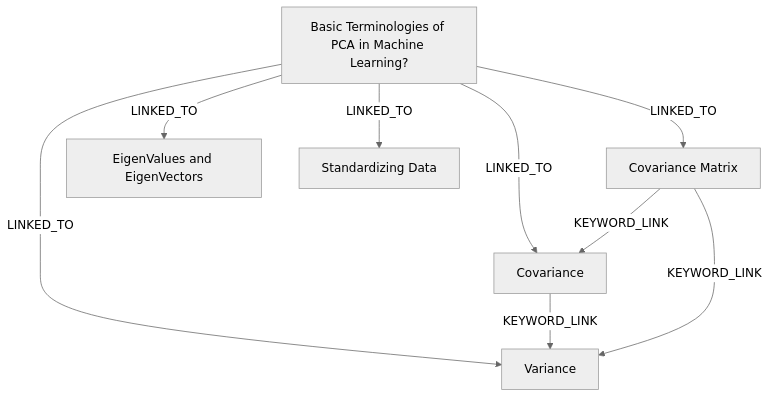
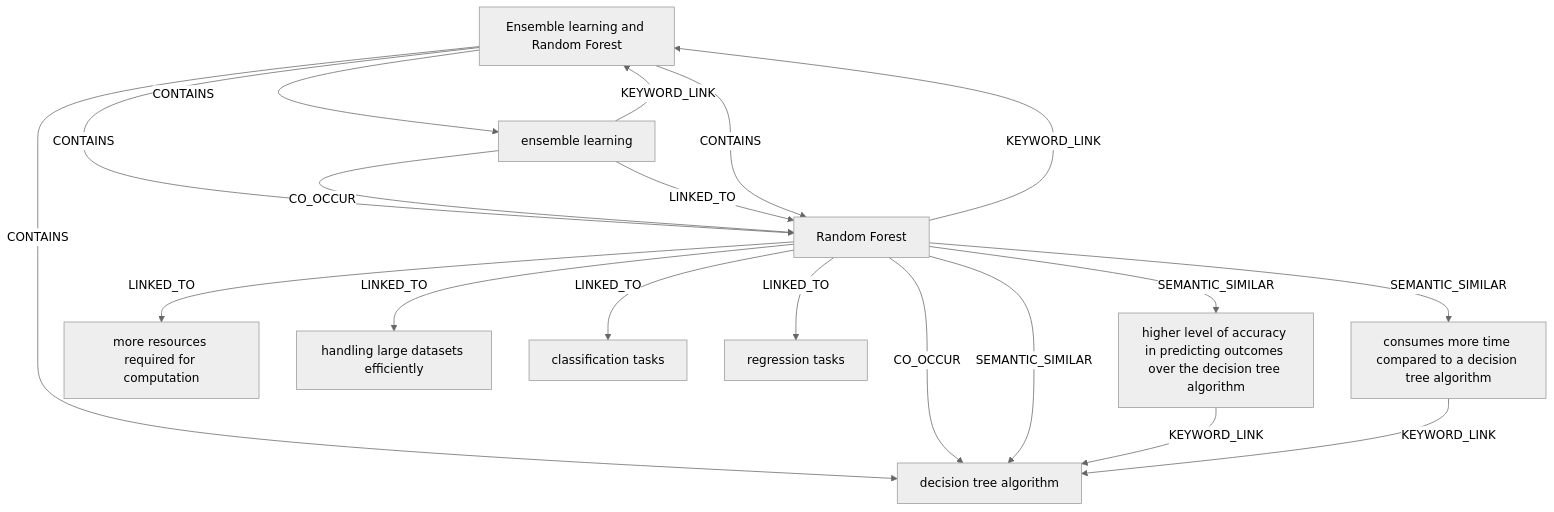
Before and after one commit to ankit-sengupta05/cyborg: the diagram in AI_OS/Ontology/Ontology_Optimization_Techniques.md, drawn with Mermaid (neutral theme). The commit also changed other lines of this file and 28 other files, not shown here.

````diff
--- a/AI_OS/Ontology/Ontology_Optimization_Techniques.md
+++ b/AI_OS/Ontology/Ontology_Optimization_Techniques.md
@@ -26,17 +26,31 @@
 ```mermaid
 graph TD
-    n0["Basic Terminologies of PCA in Machine Learning?"]
-    n1["Covariance"]
-    n2["Covariance Matrix"]
-    n3["Variance"]
-    n4["EigenValues and EigenVectors"]
-    n5["Standardizing Data"]
-    n0 -->|LINKED_TO| n3
-    n1 -->|KEYWORD_LINK| n3
-    n0 -->|LINKED_TO| n1
-    n0 -->|LINKED_TO| n5
-    n2 -->|KEYWORD_LINK| n3
+    n0["Ensemble learning and Random Forest"]
+    n1["decision tree algorithm"]
+    n2["consumes more time compared to a decision tree algorithm"]
+    n3["more resources required for computation"]
+    n4["handling large datasets efficiently"]
+    n5["Random Forest"]
+    n6["classification tasks"]
+    n7["regression tasks"]
+    n8["higher level of accuracy in predicting outcomes over the decision tree algorithm"]
+    n9["ensemble learning"]
+    n9 -->|KEYWORD_LINK| n0
+    n0 -->|CONTAINS| n9
+    n5 -->|KEYWORD_LINK| n0
+    n0 -->|CONTAINS| n5
+    n9 -->|CO_OCCUR| n5
+    n9 -->|LINKED_TO| n5
+    n0 -->|CONTAINS| n5
+    n0 -->|CONTAINS| n1
+    n5 -->|CO_OCCUR| n1
+    n5 -->|SEMANTIC_SIMILAR| n1
+    n5 -->|LINKED_TO| n7
+    n5 -->|LINKED_TO| n6
+    n5 -->|LINKED_TO| n4
+    n8 -->|KEYWORD_LINK| n1
+    n5 -->|SEMANTIC_SIMILAR| n8
+    n5 -->|LINKED_TO| n3
     n2 -->|KEYWORD_LINK| n1
-    n0 -->|LINKED_TO| n2
-    n0 -->|LINKED_TO| n4
+    n5 -->|SEMANTIC_SIMILAR| n2
 ```
````
